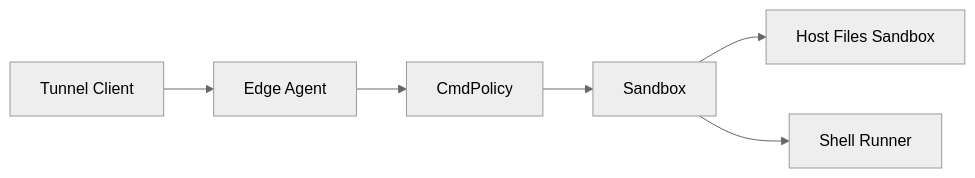
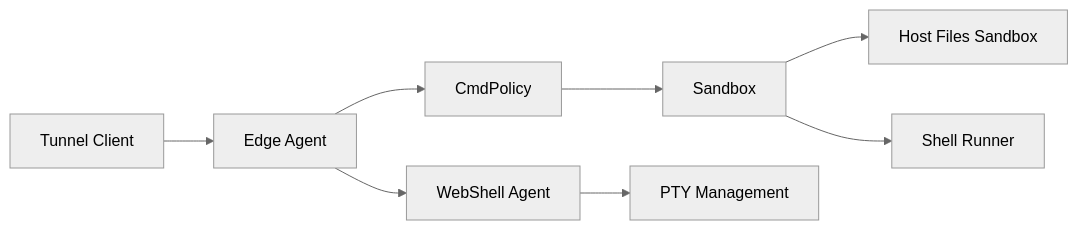
Before and after one commit to xied1133-oss/ongrid: the tenth of 10 diagrams in .qoder/repowiki/zh/content/设备管理/远程执行与安全.md, drawn with Mermaid (neutral theme). The commit also changed other lines of this file and 131 other files, not shown here.

````diff
--- a/.qoder/repowiki/zh/content/设备管理/远程执行与安全.md
+++ b/.qoder/repowiki/zh/content/设备管理/远程执行与安全.md
@@ -313,8 +420,10 @@
 ```mermaid
 graph LR
 Tunnel["Tunnel Client"] --> Agent["Edge Agent"]
+Agent --> WebShell["WebShell Agent"]
 Agent --> CmdPolicy["CmdPolicy"]
 CmdPolicy --> Sandbox["Sandbox"]
 Sandbox --> HostFiles["Host Files Sandbox"]
 Sandbox --> Runner["Shell Runner"]
+WebShell --> PTY["PTY Management"]
 ```
````
